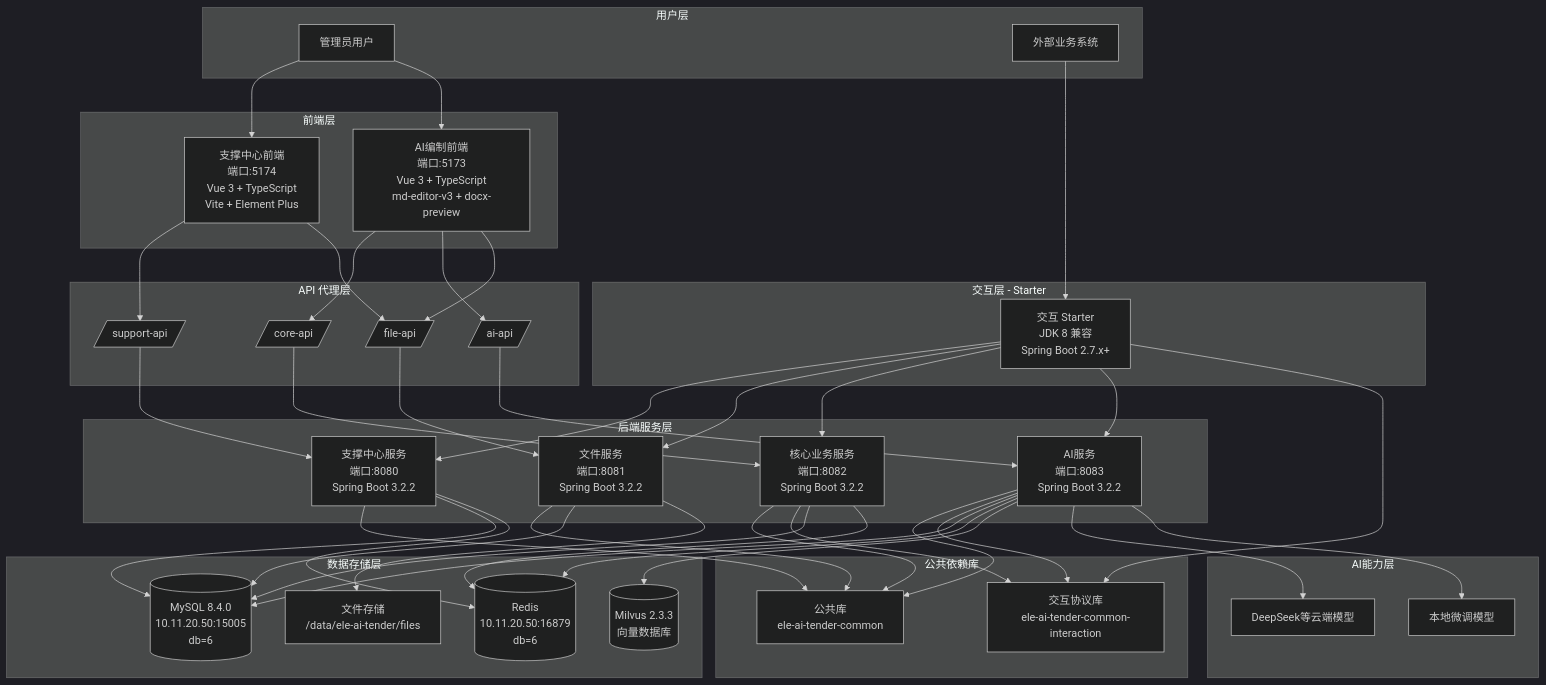
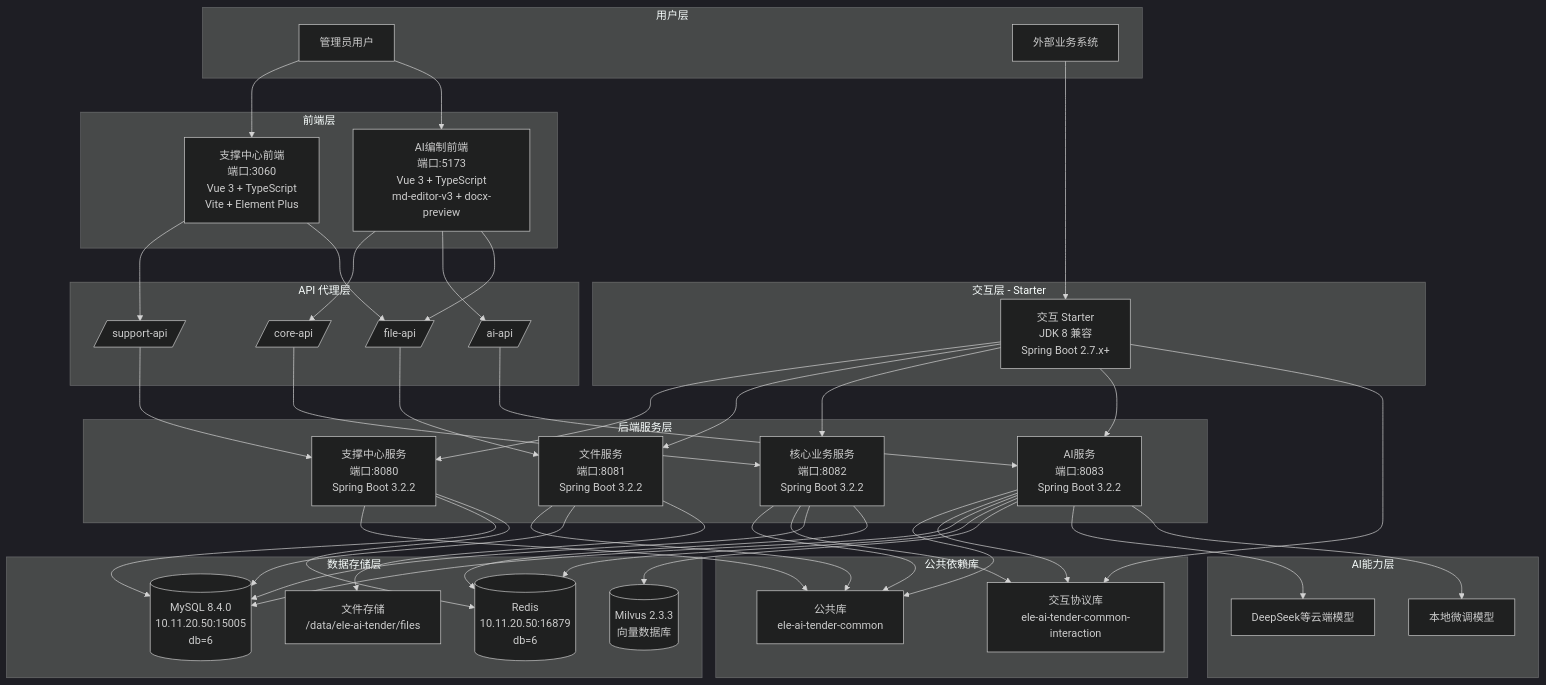
Before and after one commit to DrunkFood/First: the first of 8 diagrams in docs/guides/系统架构设计文档.md, drawn with Mermaid (dark theme). The commit also changed other lines of this file and 13 other files, not shown here.

```diff
--- a/docs/guides/系统架构设计文档.md
+++ b/docs/guides/系统架构设计文档.md
@@ -30,7 +30,7 @@
     end
 
     subgraph "前端层"
-        SupportFrontend[支撑中心前端<br/>端口:5174<br/>Vue 3 + TypeScript<br/>Vite + Element Plus]
+        SupportFrontend[支撑中心前端<br/>端口:3060<br/>Vue 3 + TypeScript<br/>Vite + Element Plus]
         AiFrontend[AI编制前端<br/>端口:5173<br/>Vue 3 + TypeScript<br/>md-editor-v3 + docx-preview]
     end
 
```
